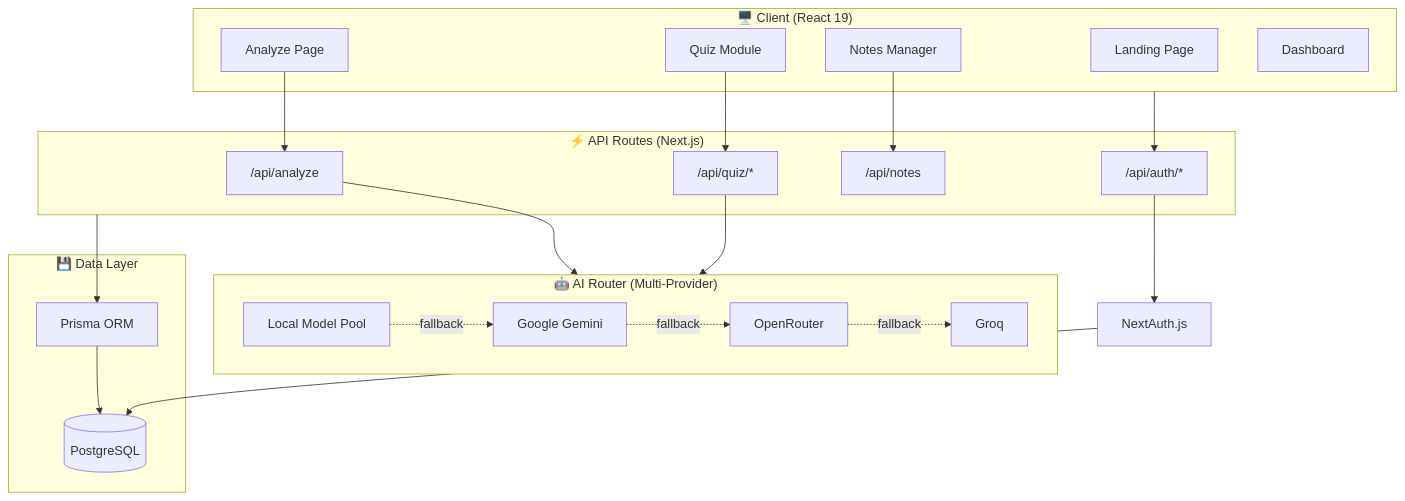
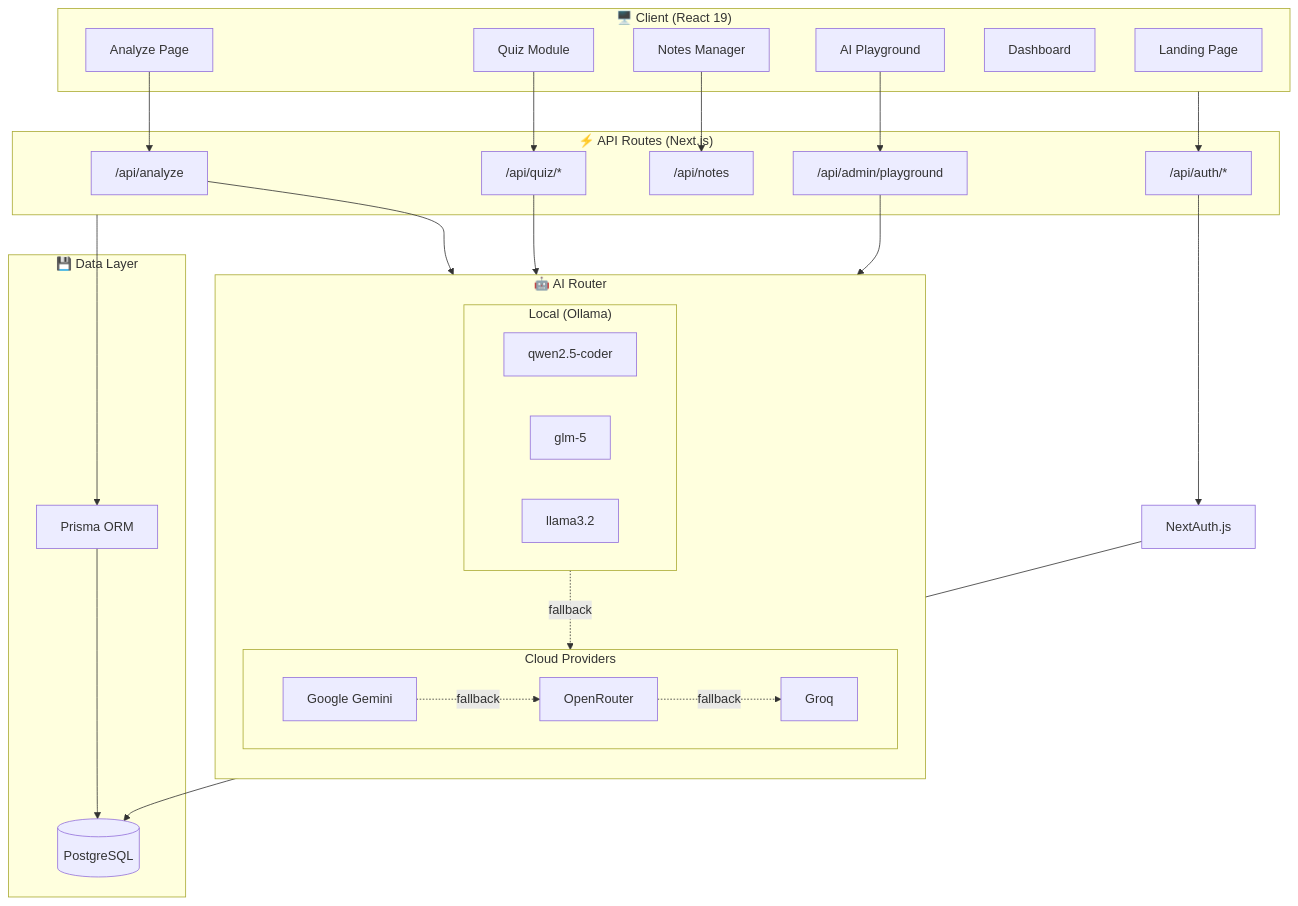
One commit to ghufron99119/Qawaid-AI changed the first of 3 diagrams in README.md. Above: the diagram before and after it, drawn with Mermaid. The commit also changed other lines of this file, not shown here.

````diff
--- a/README.md
+++ b/README.md
@@ -124,46 +141,58 @@
 ```mermaid
 graph TB
     subgraph Client["🖥️ Client (React 19)"]
         LP[Landing Page]
         AN[Analyze Page]
         QZ[Quiz Module]
         NT[Notes Manager]
         DB[Dashboard]
+        PG_UI[AI Playground]
     end
 
     subgraph API["⚡ API Routes (Next.js)"]
         AA["/api/analyze"]
         AQ["/api/quiz/*"]
         ANT["/api/notes"]
         AUTH["/api/auth/*"]
+        APG["/api/admin/playground"]
     end
 
-    subgraph AI["🤖 AI Router (Multi-Provider)"]
-        LLM[Local Model Pool]
-        GEM[Google Gemini]
-        OR[OpenRouter]
-        GRQ[Groq]
+    subgraph AI["🤖 AI Router"]
+        direction TB
+        subgraph Local["Local (Ollama)"]
+            QW[qwen2.5-coder]
+            GL[glm-5]
+            LL[llama3.2]
+        end
+        subgraph Cloud["Cloud Providers"]
+            GEM[Google Gemini]
+            OR[OpenRouter]
+            GRQ[Groq]
+        end
     end
 
     subgraph Data["💾 Data Layer"]
         PR[Prisma ORM]
-        PG[(PostgreSQL)]
+        PGD[(PostgreSQL)]
     end
 
     AN --> AA
     QZ --> AQ
     NT --> ANT
     Client --> AUTH
+    PG_UI --> APG
 
     AA --> AI
     AQ --> AI
-    LLM -.->|fallback| GEM
+    APG --> Local
+
+    Local -.->|fallback| Cloud
     GEM -.->|fallback| OR
     OR -.->|fallback| GRQ
 
     API --> PR
-    PR --> PG
+    PR --> PGD
 
     AUTH --> NA[NextAuth.js]
-    NA --> PG
+    NA --> PGD
 ```
````
